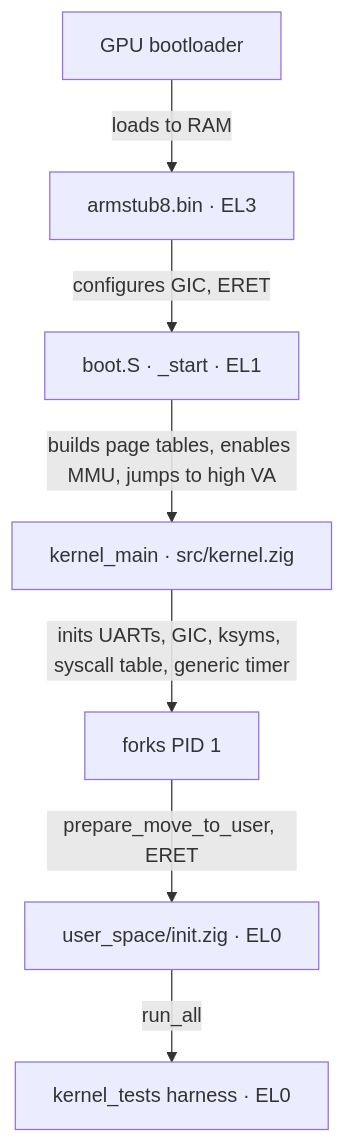
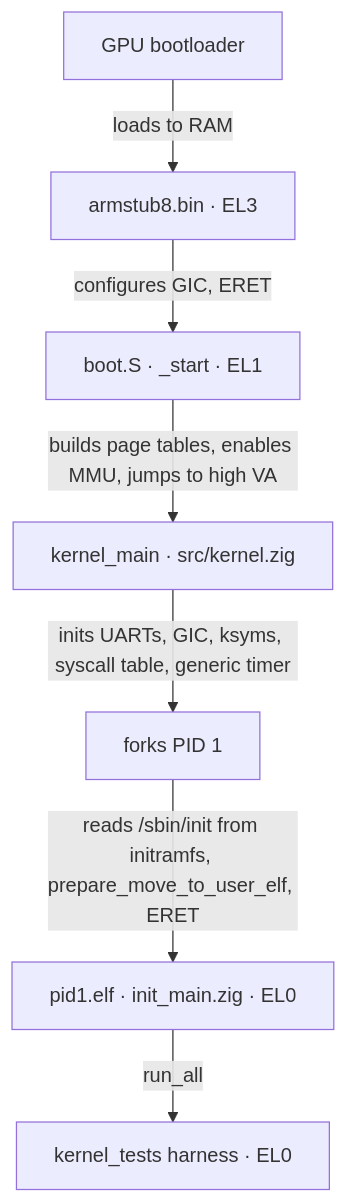
Before and after one commit to ajhahnde/FlashOS: the diagram in DOCUMENTATION.md, drawn with Mermaid. The commit also changed other lines of this file and 61 other files, not shown here.

````diff
--- a/DOCUMENTATION.md
+++ b/DOCUMENTATION.md
@@ -138,9 +143,9 @@
 ```mermaid
 flowchart TD
     A[GPU bootloader] -->|loads to RAM| B[armstub8.bin · EL3]
     B -->|configures GIC, ERET| C[boot.S · _start · EL1]
     C -->|builds page tables, enables MMU, jumps to high VA| D[kernel_main · src/kernel.zig]
     D -->|inits UARTs, GIC, ksyms, syscall table, generic timer| E[forks PID 1]
-    E -->|prepare_move_to_user, ERET| F[user_space/init.zig · EL0]
+    E -->|reads /sbin/init from initramfs, prepare_move_to_user_elf, ERET| F[pid1.elf · init_main.zig · EL0]
     F -->|run_all| G[kernel_tests harness · EL0]
 ```
````
